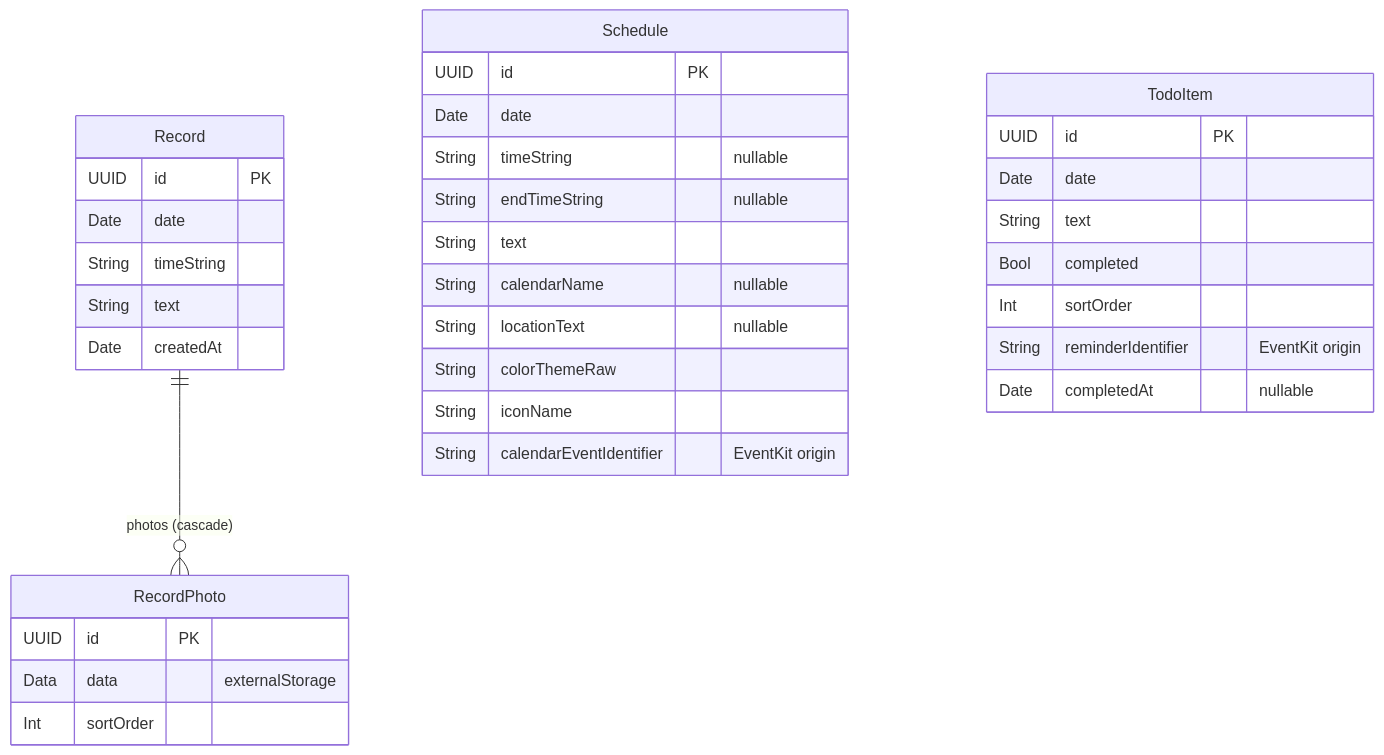
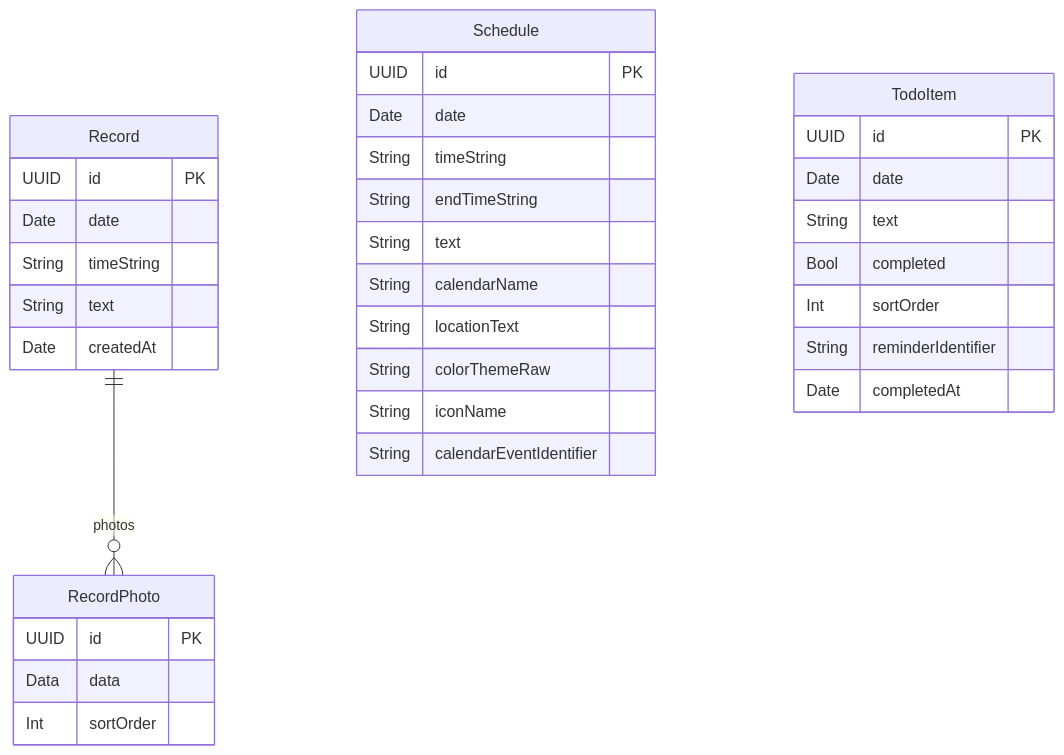
The second of 2 diagrams in README.en.md (Nedian0Brien/Timeliner), drawn with Mermaid before and after one commit. The commit also changed other lines of this file and 1 other file, not shown here.

Commit message:
docs: ER 다이어그램을 GitHub의 mermaid가 받는 문법으로 되돌림
관계 라벨의 괄호와 속성 주석(특히 한글)이 들어간 erDiagram을 GitHub이
"Unable to render rich display"로 거부했다. mermaid 11.16에서는 그대로
그려지므로 GitHub 쪽 버전이 더 좁게 받는 것으로 보인다.

다이어그램은 가장 보수적인 문법으로 줄이고, 주석이 담고 있던 정보
(externalStorage · cascade · EventKit 식별자 · nullable)는 바로 아래
표로 옮겼다.

````diff
--- a/README.en.md
+++ b/README.en.md
@@ -254,38 +254,38 @@
 ```mermaid
 erDiagram
-    Record ||--o{ RecordPhoto : "photos (cascade)"
+    Record ||--o{ RecordPhoto : photos
 
     Record {
         UUID id PK
         Date date
         String timeString
         String text
         Date createdAt
     }
     RecordPhoto {
         UUID id PK
-        Data data "externalStorage"
+        Data data
         Int sortOrder
     }
     Schedule {
         UUID id PK
         Date date
-        String timeString "nullable"
-        String endTimeString "nullable"
+        String timeString
+        String endTimeString
         String text
-        String calendarName "nullable"
-        String locationText "nullable"
+        String calendarName
+        String locationText
         String colorThemeRaw
         String iconName
-        String calendarEventIdentifier "EventKit origin"
+        String calendarEventIdentifier
     }
     TodoItem {
         UUID id PK
         Date date
         String text
         Bool completed
         Int sortOrder
-        String reminderIdentifier "EventKit origin"
-        Date completedAt "nullable"
+        String reminderIdentifier
+        Date completedAt
     }
 ```
````
